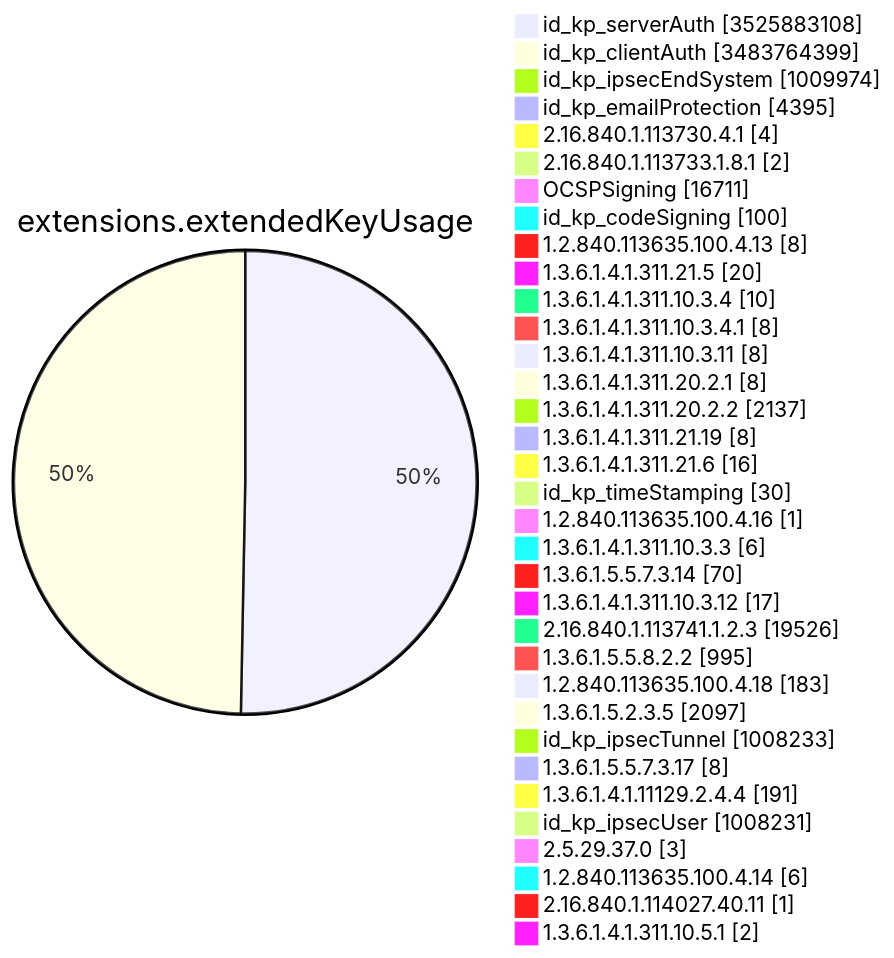
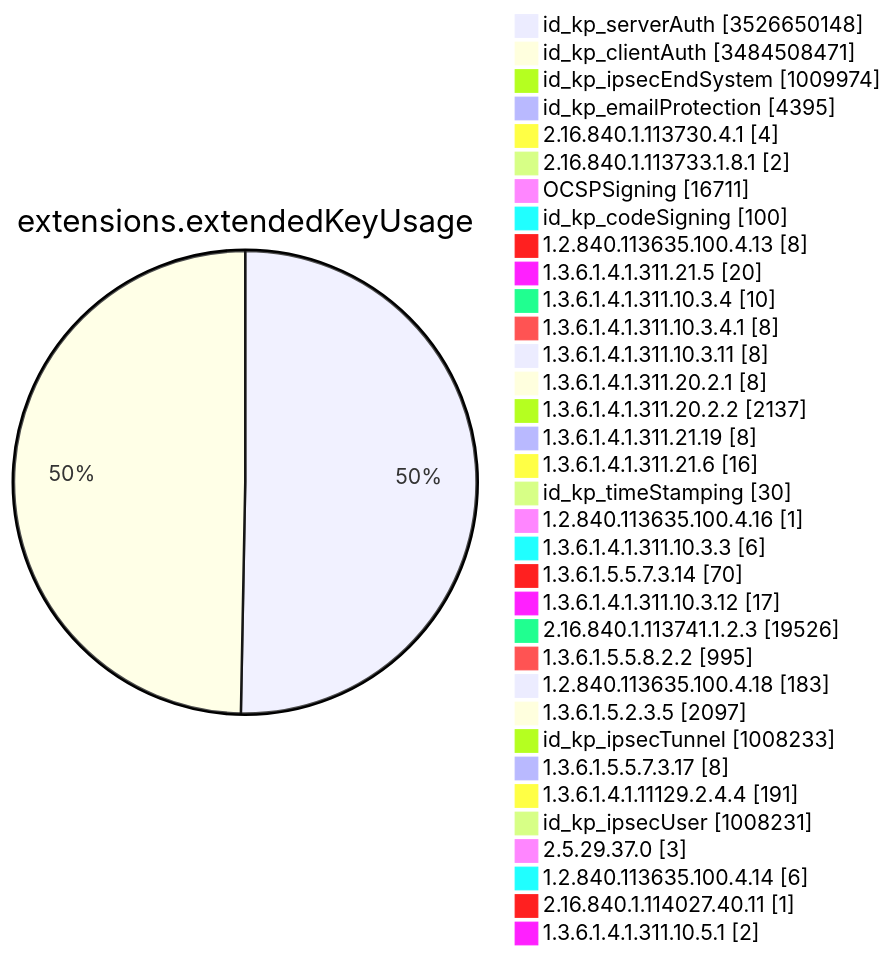
Before and after one commit to christiankrug/ctmonitor_visualization: diagram 11 of 15 in TOTAL/README.md, drawn with Mermaid. The commit also changed other lines of this file, not shown here.

````diff
--- a/TOTAL/README.md
+++ b/TOTAL/README.md
@@ -4127,38 +4127,38 @@
 ```mermaid
 pie showData
 title extensions.extendedKeyUsage
-"id_kp_serverAuth" :3525883108
-"id_kp_clientAuth" :3483764399
+"id_kp_serverAuth" :3526650148
+"id_kp_clientAuth" :3484508471
 "id_kp_ipsecEndSystem" :1009974
 "id_kp_emailProtection" :4395
 "2.16.840.1.113730.4.1" :4
 "2.16.840.1.113733.1.8.1" :2
 "OCSPSigning" :16711
 "id_kp_codeSigning" :100
 "1.2.840.113635.100.4.13" :8
 "1.3.6.1.4.1.311.21.5" :20
 "1.3.6.1.4.1.311.10.3.4" :10
 "1.3.6.1.4.1.311.10.3.4.1" :8
 "1.3.6.1.4.1.311.10.3.11" :8
 "1.3.6.1.4.1.311.20.2.1" :8
 "1.3.6.1.4.1.311.20.2.2" :2137
 "1.3.6.1.4.1.311.21.19" :8
 "1.3.6.1.4.1.311.21.6" :16
 "id_kp_timeStamping" :30
 "1.2.840.113635.100.4.16" :1
 "1.3.6.1.4.1.311.10.3.3" :6
 "1.3.6.1.5.5.7.3.14" :70
 "1.3.6.1.4.1.311.10.3.12" :17
 "2.16.840.1.113741.1.2.3" :19526
 "1.3.6.1.5.5.8.2.2" :995
 "1.2.840.113635.100.4.18" :183
 "1.3.6.1.5.2.3.5" :2097
 "id_kp_ipsecTunnel" :1008233
 "1.3.6.1.5.5.7.3.17" :8
 "1.3.6.1.4.1.11129.2.4.4" :191
 "id_kp_ipsecUser" :1008231
 "2.5.29.37.0" :3
 "1.2.840.113635.100.4.14" :6
 "2.16.840.1.114027.40.11" :1
 "1.3.6.1.4.1.311.10.5.1" :2
 ```
````
